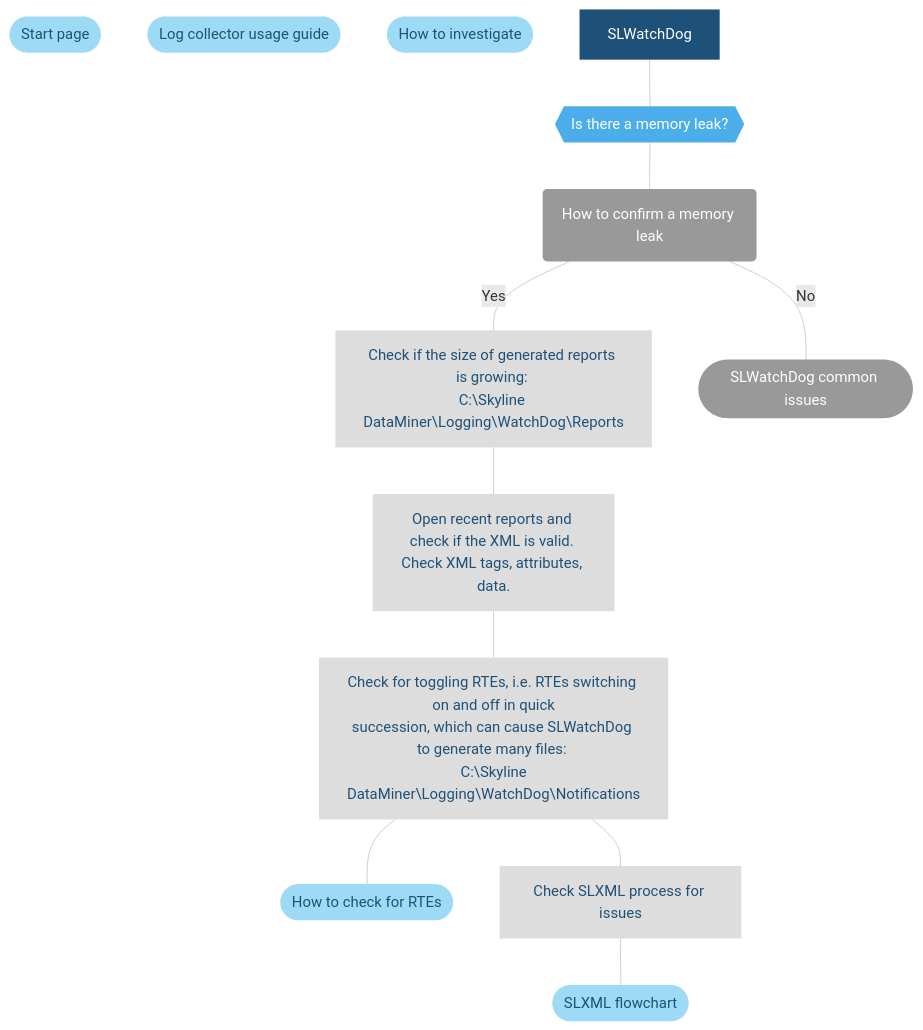
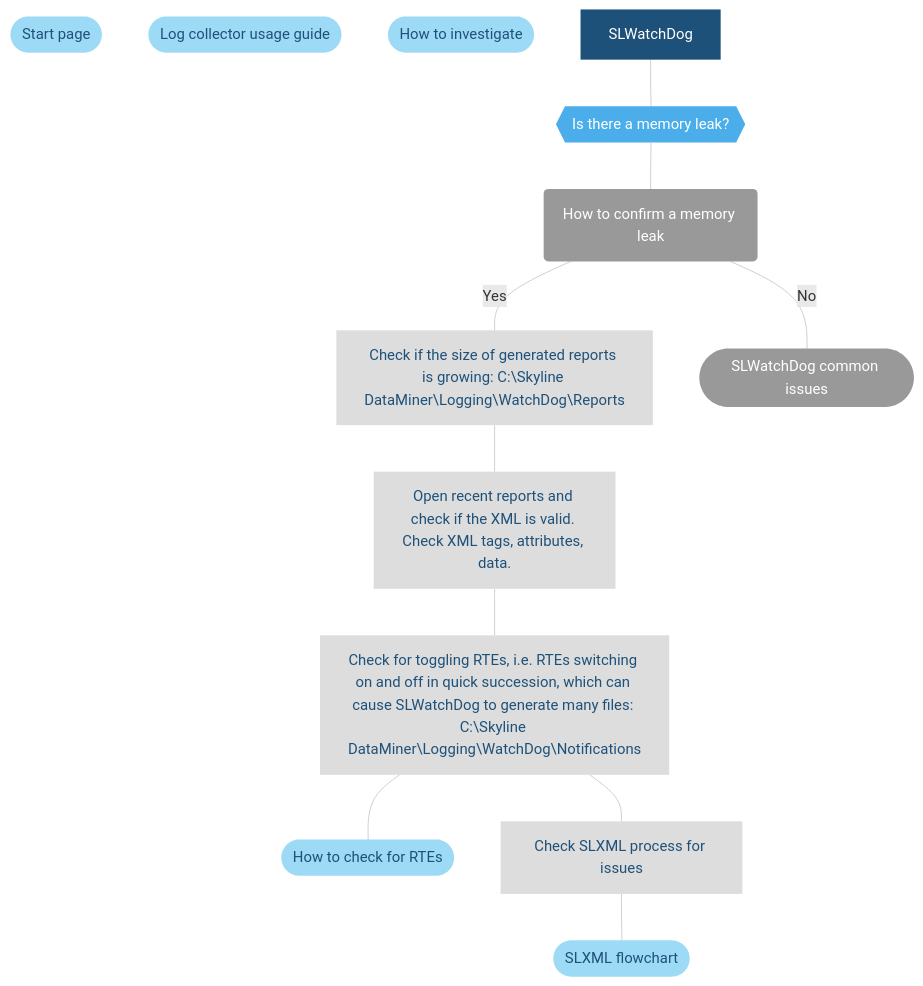
The first of 2 diagrams in user-guide/Troubleshooting/Troubleshooting_Flowcharts/Troubleshooting_Process_Identification/Logging_processes/Troubleshooting_SLWatchdog_exe.md (SkylineCommunications/dataminer-docs), drawn with Mermaid before and after one commit. The commit also changed other lines of this file and 21 other files, not shown here.

````diff
--- a/user-guide/Troubleshooting/Troubleshooting_Flowcharts/Troubleshooting_Process_Identification/Logging_processes/Troubleshooting_SLWatchdog_exe.md
+++ b/user-guide/Troubleshooting/Troubleshooting_Flowcharts/Troubleshooting_Process_Identification/Logging_processes/Troubleshooting_SLWatchdog_exe.md
@@ -63,51 +63,51 @@
 ```mermaid
 flowchart TD
 %% Define blocks %%
     Home([Start page])
     SLLogCollector([Log collector usage guide])
     Investigation([How to investigate])
     SLWatchDog[SLWatchDog]
     MemoryLeak{{Is there a memory leak?}}
     ConfirmLeak(How to confirm a memory leak)
-    ReportsGrowing[Check if the size of generated reports is growing: <br>C:\Skyline DataMiner\Logging\WatchDog\Reports]
-    ValidateXml[Open recent reports and check if the XML is valid. <br>Check XML tags, attributes, data.]
-    togglingRTE[Check for toggling RTEs, i.e. RTEs switching on and off in quick<br/>succession, which can cause SLWatchDog to generate many files: <br> C:\Skyline DataMiner\Logging\WatchDog\Notifications]
+    ReportsGrowing[Check if the size of generated reports is growing: C:\Skyline DataMiner\Logging\WatchDog\Reports]
+    ValidateXml[Open recent reports and check if the XML is valid. Check XML tags, attributes, data.]
+    togglingRTE[Check for toggling RTEs, i.e. RTEs switching on and off in quick succession, which can cause SLWatchDog to generate many files: C:\Skyline DataMiner\Logging\WatchDog\Notifications]
     RteLink([How to check for RTEs])
     CheckSlXml[Check SLXML process for issues]
     XmlFlowchart([SLXML flowchart])
     CommonIssues([SLWatchDog common issues])
 %% Connect blocks %%
     SLWatchDog--- MemoryLeak
     MemoryLeak --- ConfirmLeak
     ConfirmLeak---|Yes| ReportsGrowing
     ConfirmLeak --- |No| CommonIssues
     ReportsGrowing --- ValidateXml
     ValidateXml --- togglingRTE
     togglingRTE --- RteLink
     togglingRTE --- CheckSlXml
     CheckSlXml --- XmlFlowchart
  %% Define hyperlinks %%
 click Investigation "/user-guide/Troubleshooting/Troubleshooting_Flowcharts/Troubleshooting_Where_to_Start.html"
 click RteLink "/user-guide/Troubleshooting/Troubleshooting_Flowcharts/Troubleshooting_Identify_Per_Module/Alarm_Console/Troubleshooting_Run_Time_Errors.html" "Go to RTE troubleshooting page"
 click XmlFlowchart "/user-guide/Troubleshooting/Troubleshooting_Flowcharts/Troubleshooting_Process_Identification/Other_processes/Troubleshooting_SLXML_exe.html" "Go to SLXML Flowchart"
 click ConfirmLeak "#how-can-you-confirm-a-memory-leak" "How to identify a memory leak."
 click CommonIssues "#common-issues-flowchart" "Go to common issues"
 click RunLogCollector "/user-guide/Reference/DataMiner_Tools/SLLogCollector.html" "How to use the log collector tool."
 click Home "/user-guide/Troubleshooting/Troubleshooting_Flowcharts/Finding_a_Root_Cause.html" "Go to Root Cause Identification flow"
 click SLLogCollector "/user-guide/Reference/DataMiner_Tools/SLLogCollector.html" "How to use the log collector tool."
 %% Define styles %%
 linkStyle default stroke:#cccccc
 classDef classTerminal fill:#1e5179,stroke:#1e5179,color:#ffffff,stroke-width:0px;
 classDef classDecision fill:#4baeea,stroke:#4baeea,color:#ffffff,stroke-width:0px;
 classDef classExternalRef fill:#9ddaf5,stroke:#9ddaf5,color:#1E5179,stroke-width:0px;
 classDef classActionClickable fill:#999999,stroke:#999999,color:#ffffff,stroke-width:0px;
 classDef classAction fill:#dddddd,stroke:#dddddd,color:#1E5179,stroke-width:0px;
 classDef classSolution fill:#58595b,stroke:#58595b,color:#ffffff,stroke-width:0px;
 %% Apply styles to blocks %%
 class SLWatchDog classTerminal;
 class MemoryLeak classDecision;
 class ReportsGrowing,ValidateXml,togglingRTE,CheckSlXml classAction;
 %%class classSolution;
 class ConfirmLeak,CommonIssues classActionClickable;
 class Home,SLLogCollector,Investigation,RteLink,XmlFlowchart classExternalRef;
 ```
````
